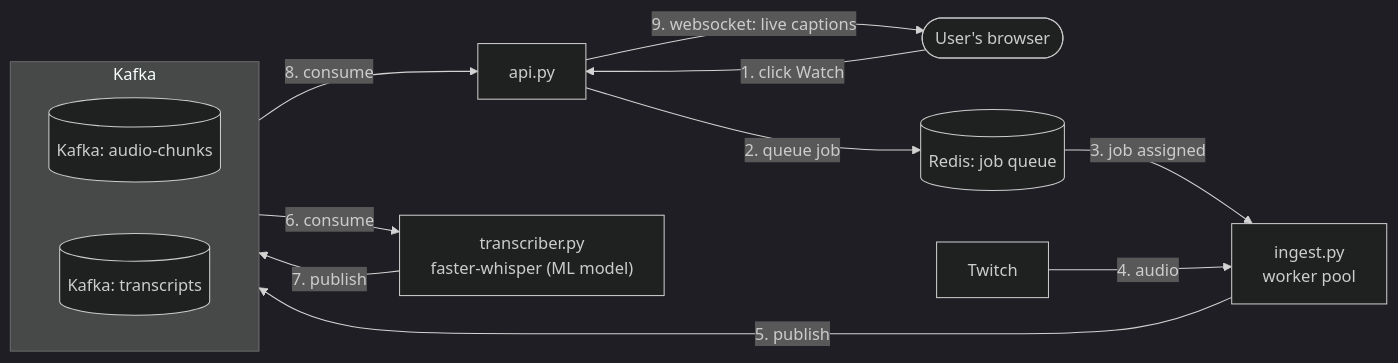
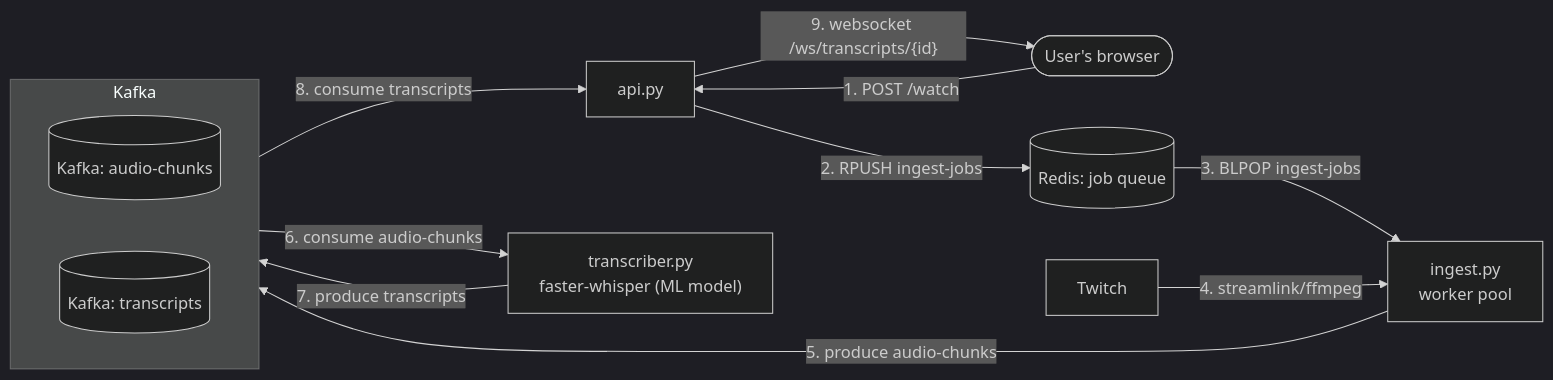
The diagram in README.md (maximka76667/twitch-transcription), drawn with Mermaid (dark theme) before and after one commit.

Commit message:
docs: make diagram clearer on actions

````diff
--- a/README.md
+++ b/README.md
@@ -16,25 +16,25 @@
 ```mermaid
 flowchart LR
     USER(["User's browser"])
     API["api.py"]
     REDISQ[("Redis: job queue")]
     ING["ingest.py<br/>worker pool"]
     TWITCH["Twitch"]
     TRX["transcriber.py<br/>faster-whisper (ML model)"]
 
     subgraph KAFKA [Kafka]
         direction LR
         T1[("Kafka: audio-chunks")]
         T2[("Kafka: transcripts")]
     end
 
-    USER -- "1. click Watch" --> API
-    API -- "2. queue job" --> REDISQ
-    REDISQ -- "3. job assigned" --> ING
-    TWITCH -- "4. audio" --> ING
-    ING -- "5. publish" --> T1
-    T1 -- "6. consume" --> TRX
-    TRX -- "7. publish" --> T2
-    T2 -- "8. consume" --> API
-    API -- "9. websocket: live captions" --> USER
+    USER -- "1. POST /watch" --> API
+    API -- "2. RPUSH ingest-jobs" --> REDISQ
+    REDISQ -- "3. BLPOP ingest-jobs" --> ING
+    TWITCH -- "4. streamlink/ffmpeg" --> ING
+    ING -- "5. produce audio-chunks" --> T1
+    T1 -- "6. consume audio-chunks" --> TRX
+    TRX -- "7. produce transcripts" --> T2
+    T2 -- "8. consume transcripts" --> API
+    API -- "9. websocket /ws/transcripts/{id}" --> USER
 ```
````
